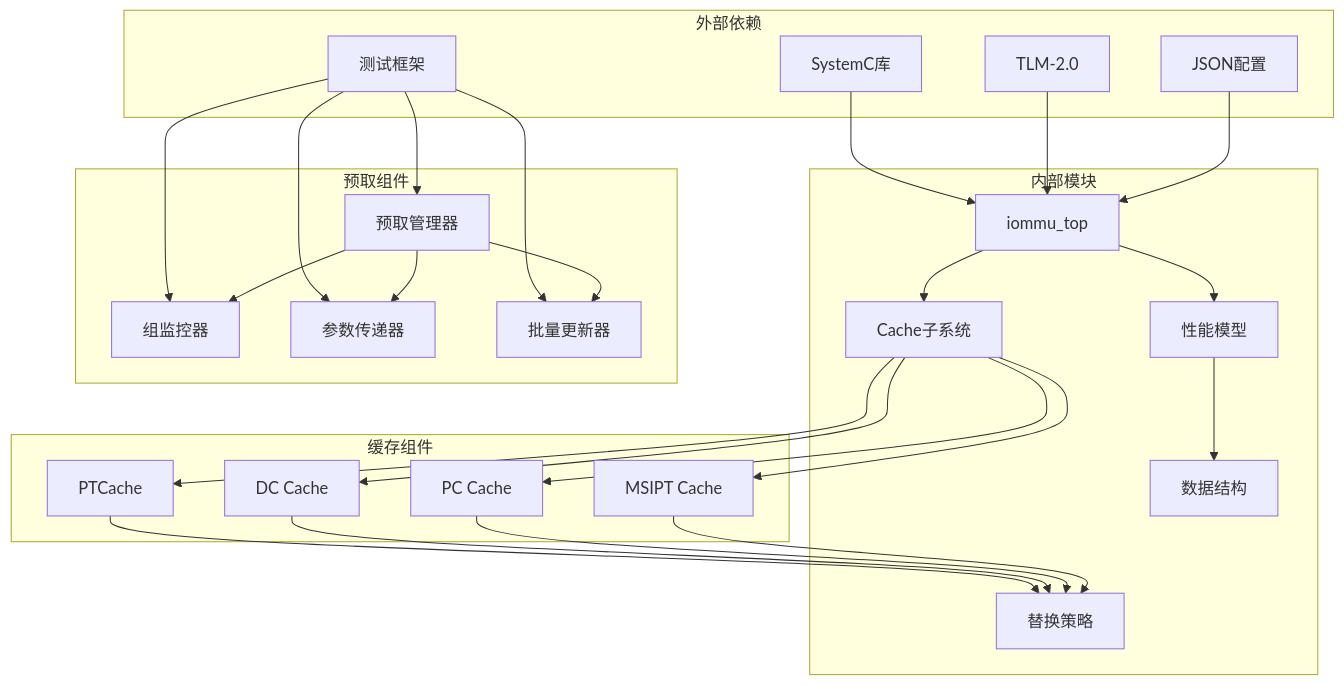
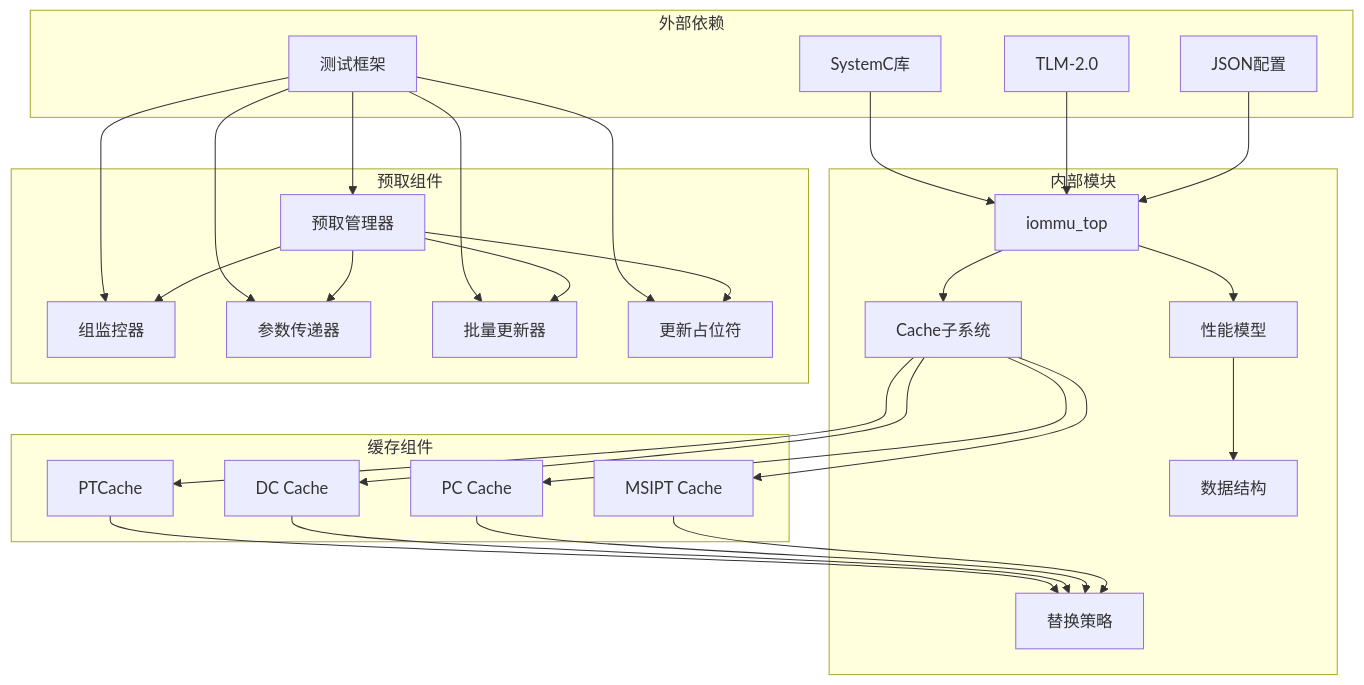
Before and after one commit to jiangjiang1122/iommu_model_20260401_v1: the seventh of 7 diagrams in .qoder/repowiki/zh/content/缓存系统架构/页表缓存(PT Cache)/PT Cache去重+预取集成.md, drawn with Mermaid. The commit also changed other lines of this file and 10 other files, not shown here.

````diff
--- a/.qoder/repowiki/zh/content/缓存系统架构/页表缓存(PT Cache)/PT Cache去重+预取集成.md
+++ b/.qoder/repowiki/zh/content/缓存系统架构/页表缓存(PT Cache)/PT Cache去重+预取集成.md
@@ -378,49 +409,52 @@
 ```mermaid
 graph TB
 subgraph "外部依赖"
 SYSTEMC[SystemC库]
 TLM[TLM-2.0]
 JSON[JSON配置]
 TEST[测试框架]
 end
 subgraph "内部模块"
 IOMMU_TOP[iommu_top]
 PERF_MODEL[性能模型]
 CACHE_SUB[Cache子系统]
 DATA_STRUCT[数据结构]
 REPL_POLICY[替换策略]
 end
 subgraph "缓存组件"
 PT_CACHE[PTCache]
 DC_CACHE[DC Cache]
 PC_CACHE[PC Cache]
 MSIPT_CACHE[MSIPT Cache]
 end
 subgraph "预取组件"
 PREFETCH_MGR[预取管理器]
 GROUP_MONITOR[组监控器]
 PARAM_PASS[参数传递器]
 BATCH_UPD[批量更新器]
+UPDATE_PLACEHOLDER[更新占位符]
 end
 SYSTEMC --> IOMMU_TOP
 TLM --> IOMMU_TOP
 JSON --> IOMMU_TOP
 TEST --> PREFETCH_MGR
 TEST --> GROUP_MONITOR
 TEST --> PARAM_PASS
 TEST --> BATCH_UPD
+TEST --> UPDATE_PLACEHOLDER
 IOMMU_TOP --> PERF_MODEL
 IOMMU_TOP --> CACHE_SUB
 PERF_MODEL --> DATA_STRUCT
 CACHE_SUB --> PT_CACHE
 CACHE_SUB --> DC_CACHE
 CACHE_SUB --> PC_CACHE
 CACHE_SUB --> MSIPT_CACHE
 PT_CACHE --> REPL_POLICY
 DC_CACHE --> REPL_POLICY
 PC_CACHE --> REPL_POLICY
 MSIPT_CACHE --> REPL_POLICY
 PREFETCH_MGR --> GROUP_MONITOR
 PREFETCH_MGR --> PARAM_PASS
 PREFETCH_MGR --> BATCH_UPD
+PREFETCH_MGR --> UPDATE_PLACEHOLDER
 ```
````
